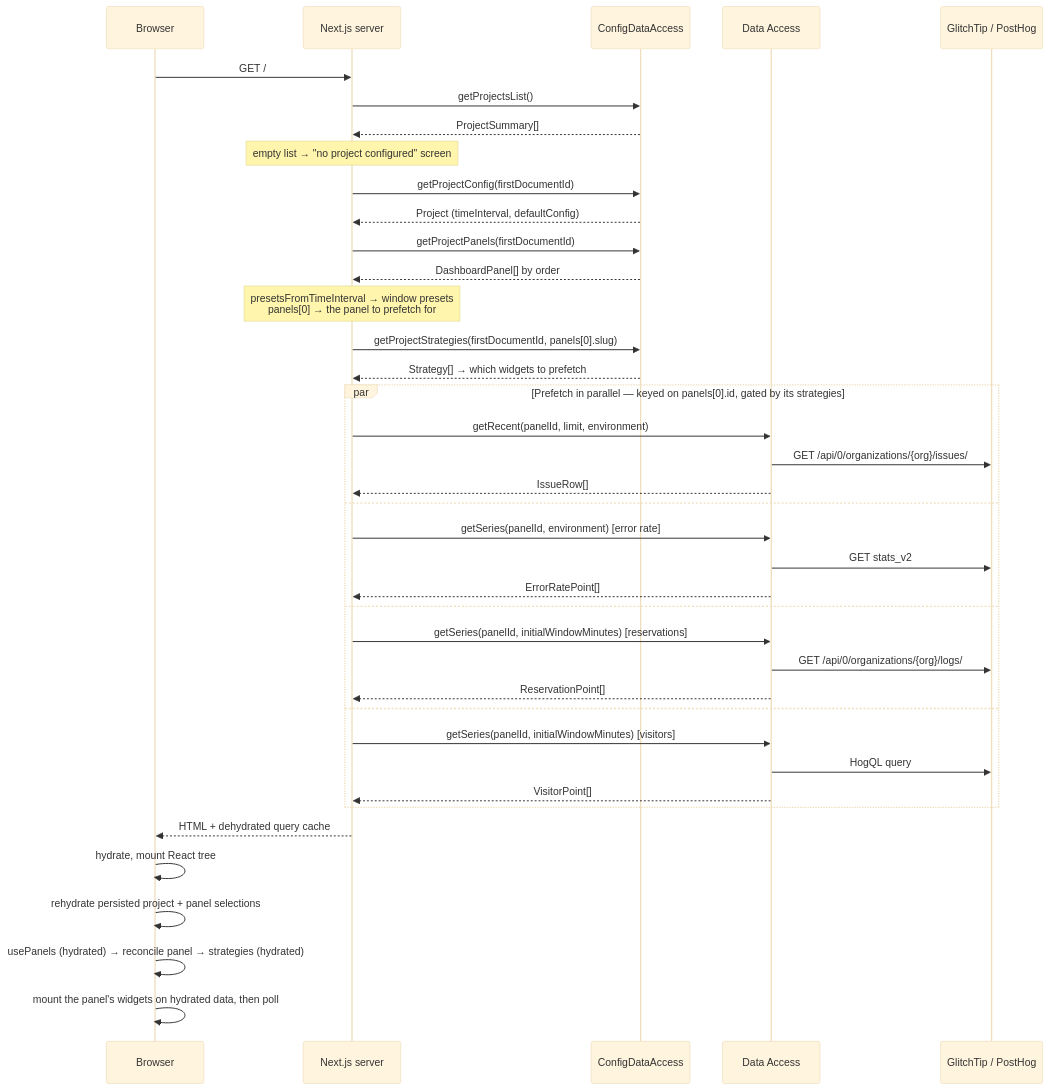
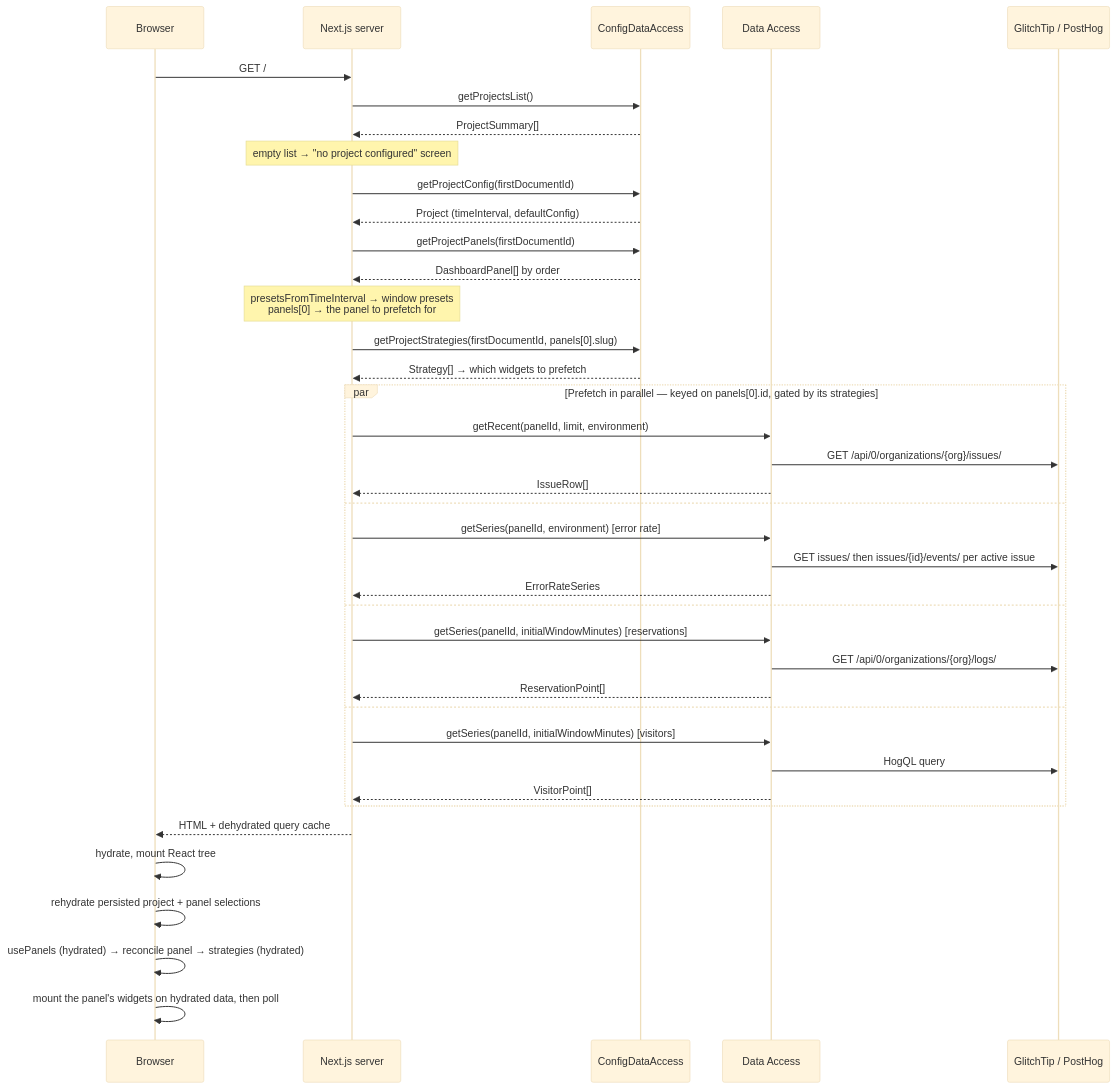
Before and after one commit to webteamuxco/dashboard-monitor: the sixth of 6 diagrams in apps/docs-site/docs/architecture.md, drawn with Mermaid (base theme). The commit also changed 42 other files, not shown here.

````diff
--- a/apps/docs-site/docs/architecture.md
+++ b/apps/docs-site/docs/architecture.md
@@ -180,43 +180,43 @@
 ```mermaid
 sequenceDiagram
     participant Browser
     participant NextServer as Next.js server
     participant Cfg as ConfigDataAccess
     participant DA as Data Access
     participant Ext as GlitchTip / PostHog
 
     Browser->>NextServer: GET /
     NextServer->>Cfg: getProjectsList()
     Cfg-->>NextServer: ProjectSummary[]
     Note over NextServer: empty list → "no project configured" screen
     NextServer->>Cfg: getProjectConfig(firstDocumentId)
     Cfg-->>NextServer: Project (timeInterval, defaultConfig)
     NextServer->>Cfg: getProjectPanels(firstDocumentId)
     Cfg-->>NextServer: DashboardPanel[] by order
     Note over NextServer: presetsFromTimeInterval → window presets<br/>panels[0] → the panel to prefetch for
     NextServer->>Cfg: getProjectStrategies(firstDocumentId, panels[0].slug)
     Cfg-->>NextServer: Strategy[] → which widgets to prefetch
 
     par Prefetch in parallel — keyed on panels[0].id, gated by its strategies
         NextServer->>DA: getRecent(panelId, limit, environment)
         DA->>Ext: GET /api/0/organizations/{org}/issues/
         DA-->>NextServer: IssueRow[]
     and
         NextServer->>DA: getSeries(panelId, environment) [error rate]
-        DA->>Ext: GET stats_v2
-        DA-->>NextServer: ErrorRatePoint[]
+        DA->>Ext: GET issues/ then issues/{id}/events/ per active issue
+        DA-->>NextServer: ErrorRateSeries
     and
         NextServer->>DA: getSeries(panelId, initialWindowMinutes) [reservations]
         DA->>Ext: GET /api/0/organizations/{org}/logs/
         DA-->>NextServer: ReservationPoint[]
     and
         NextServer->>DA: getSeries(panelId, initialWindowMinutes) [visitors]
         DA->>Ext: HogQL query
         DA-->>NextServer: VisitorPoint[]
     end
     NextServer-->>Browser: HTML + dehydrated query cache
     Browser->>Browser: hydrate, mount React tree
     Browser->>Browser: rehydrate persisted project + panel selections
     Browser->>Browser: usePanels (hydrated) → reconcile panel → strategies (hydrated)
     Browser->>Browser: mount the panel's widgets on hydrated data, then poll
 ```
````
